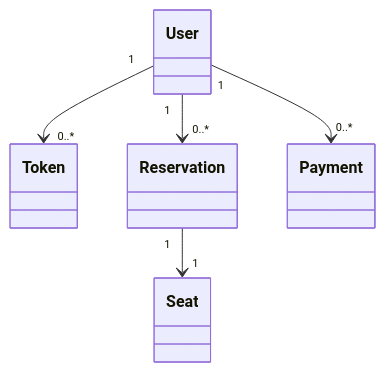
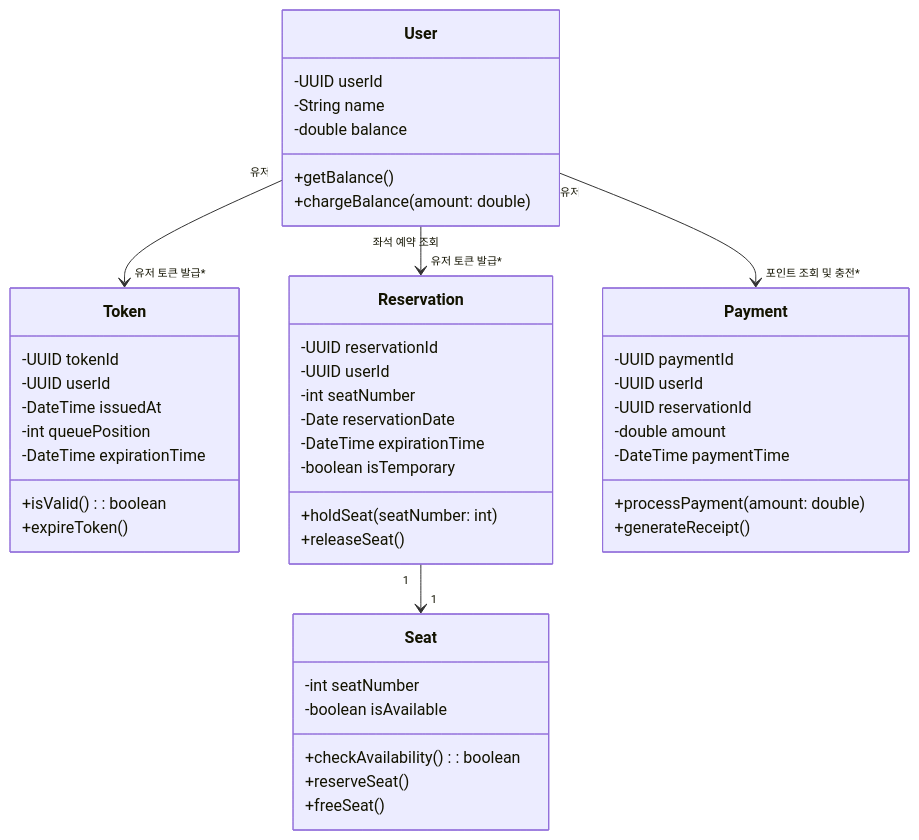
One commit to fatallinverno/hhplus-concert-reservation changed the second of 3 diagrams in README.md. Above: the diagram before and after it, drawn with Mermaid. The commit also changed other lines of this file, not shown here.

Commit message:
클래스 다이어그램 작성

````diff
--- a/README.md
+++ b/README.md
@@ -37,17 +37,54 @@
 ```mermaid
 classDiagram
-    class User
+    class User {
+        -UUID userId
+        -String name
+        -double balance
+        +getBalance()
+        +chargeBalance(amount: double)
+    }
     
-    class Token
+    class Token {
+        -UUID tokenId
+        -UUID userId
+        -DateTime issuedAt
+        -int queuePosition
+        -DateTime expirationTime
+        +isValid(): boolean
+        +expireToken()
+    }
     
-    class Reservation
+    class Reservation {
+        -UUID reservationId
+        -UUID userId
+        -int seatNumber
+        -Date reservationDate
+        -DateTime expirationTime
+        -boolean isTemporary
+        +holdSeat(seatNumber: int)
+        +releaseSeat()
+    }
     
-    class Payment
+    class Payment {
+        -UUID paymentId
+        -UUID userId
+        -UUID reservationId
+        -double amount
+        -DateTime paymentTime
+        +processPayment(amount: double)
+        +generateReceipt()
+    }
     
-    class Seat
-
-    User "1" --> "0..*" Token
-    User "1" --> "0..*" Reservation
-    User "1" --> "0..*" Payment
+    class Seat {
+        -int seatNumber
+        -boolean isAvailable
+        +checkAvailability(): boolean
+        +reserveSeat()
+        +freeSeat()
+    }
+    
+    User "유저" --> "유저 토큰 발급*" Token
+    User "좌석 예약 조회" --> "유저 토큰 발급*" Reservation
+    User "유저" --> "포인트 조회 및 충전*" Payment
     Reservation "1" --> "1" Seat
 ```
````
